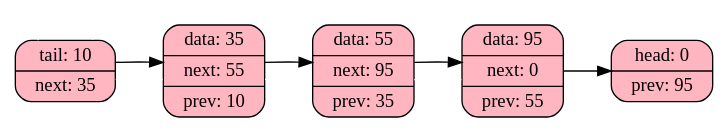
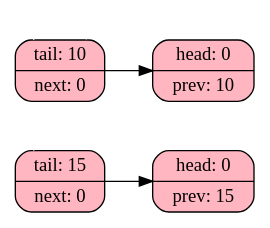
One commit to SashaOiya/Hash-MIPT-2024 changed the diagram in list.dot. Above: the diagram before and after it, drawn with Graphviz. The commit also changed 6 other files, not shown here.

```diff
--- a/list.dot
+++ b/list.dot
@@ -1,14 +1,12 @@
 digraph G { 
 rankdir = LR;
 node [shape = record];
- "00BA17E0" -> "00BA17E0" -> "00BA18E8" -> "00BA1768" -> "00BA1870" [arrowsize = 0.0, weight = 10000, color = "#FFFFFF"];
- "00BA17E0" [shape = Mrecord, style = filled, fillcolor = lightpink  label = "tail: 10 | next: 35"];
-  "00BA18E8" [shape = Mrecord, style = filled, fillcolor = lightpink  label = "data: 35 | next: 55 | prev: 10"];
-  "00BA1768" [shape = Mrecord, style = filled, fillcolor = lightpink  label = "data: 55 | next: 95 | prev: 35"];
-  "00BA1870" [shape = Mrecord, style = filled, fillcolor = lightpink  label = "data: 95 | next: 0 | prev: 55"];
-  "00BA1780" [shape = Mrecord, style = filled, fillcolor = lightpink  label = "head: 0 | prev: 95"];
- "00BA17E0" -> "00BA18E8";
-"00BA18E8" -> "00BA1768";
-"00BA1768" -> "00BA1870";
-"00BA1870" -> "00BA1780";
+ "00C81828" -> "00C81828" [arrowsize = 0.0, weight = 10000, color = "#FFFFFF"];
+ "00C81828" [shape = Mrecord, style = filled, fillcolor = lightpink  label = "tail: 15 | next: 0"];
+  "00C817E0" [shape = Mrecord, style = filled, fillcolor = lightpink  label = "head: 0 | prev: 15"];
+ "00C81828" -> "00C817E0";
+ "00C81840" -> "00C81840" [arrowsize = 0.0, weight = 10000, color = "#FFFFFF"];
+ "00C81840" [shape = Mrecord, style = filled, fillcolor = lightpink  label = "tail: 10 | next: 0"];
+  "00C818A0" [shape = Mrecord, style = filled, fillcolor = lightpink  label = "head: 0 | prev: 10"];
+ "00C81840" -> "00C818A0";
 }
```
